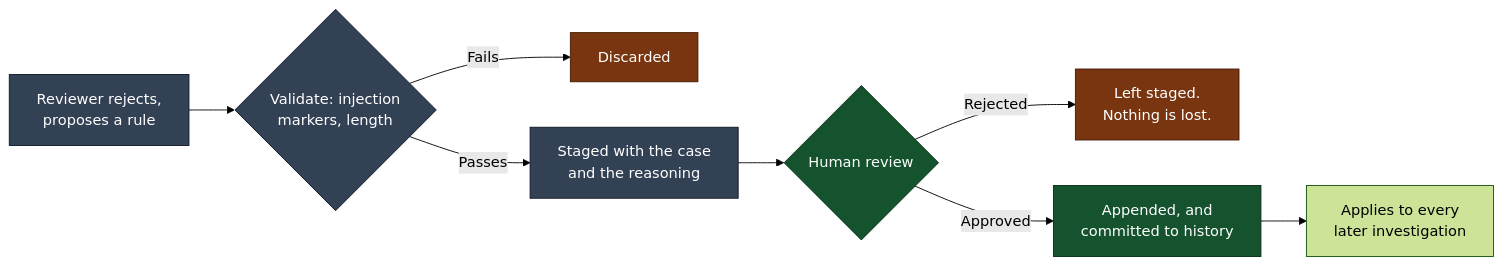
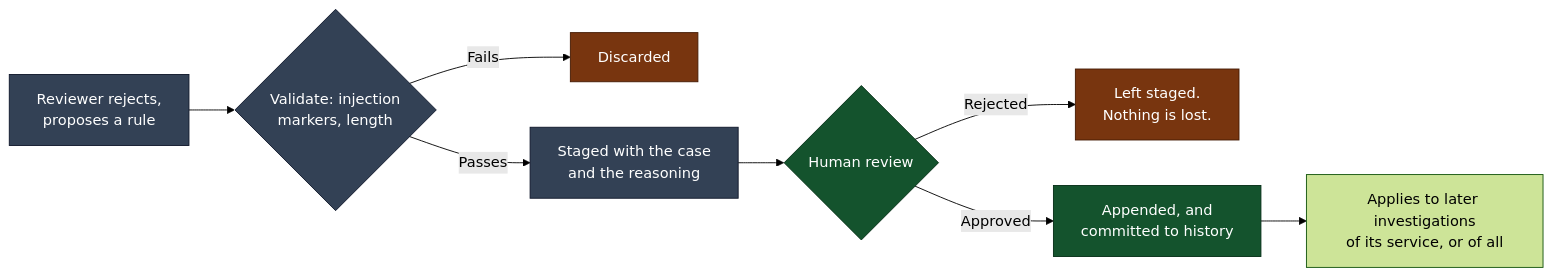
Before and after one commit to GuruSrikanth10/agentic-resident-crm: diagram 21 of 23 in SYSTEM_OVERVIEW.md, drawn with Mermaid (forest theme). The commit also changed other lines of this file and 122 other files, not shown here.

````diff
--- a/SYSTEM_OVERVIEW.md
+++ b/SYSTEM_OVERVIEW.md
@@ -882,18 +883,18 @@
 ```mermaid
 flowchart LR
     classDef human fill:#14532d,stroke:#052e16,color:#ffffff
     classDef auto fill:#334155,stroke:#0f172a,color:#ffffff
     classDef gate fill:#78350f,stroke:#451a03,color:#ffffff
 
     R["Reviewer rejects,<br/>proposes a rule"] --> V{"Validate: injection<br/>markers, length"}
     V -->|Fails| DROP["Discarded"]
     V -->|Passes| Q["Staged with the case<br/>and the reasoning"]
     Q --> H{"Human review"}
     H -->|Rejected| KEEP["Left staged.<br/>Nothing is lost."]
     H -->|Approved| P["Appended, and<br/>committed to history"]
-    P --> NEXT["Applies to every<br/>later investigation"]
+    P --> NEXT["Applies to later investigations<br/>of its service, or of all"]
 
     class R,V,Q auto
     class H,P human
     class DROP,KEEP gate
 ```
````
